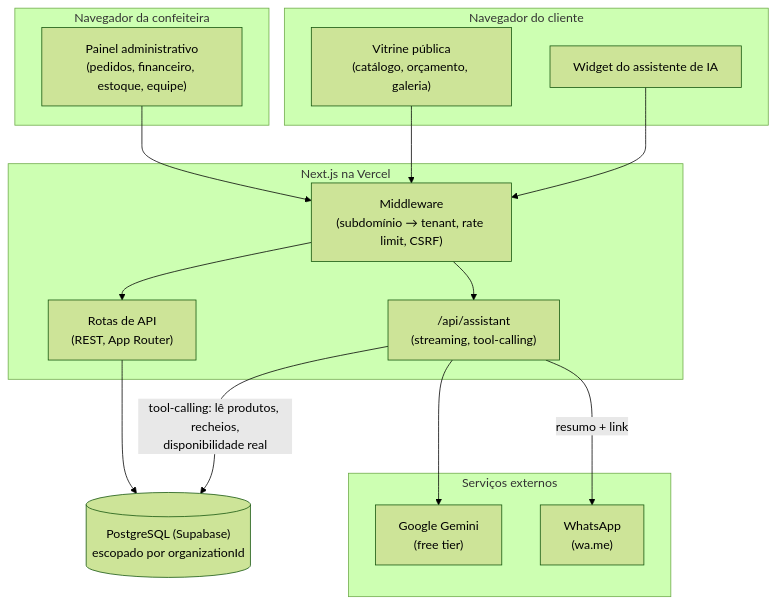
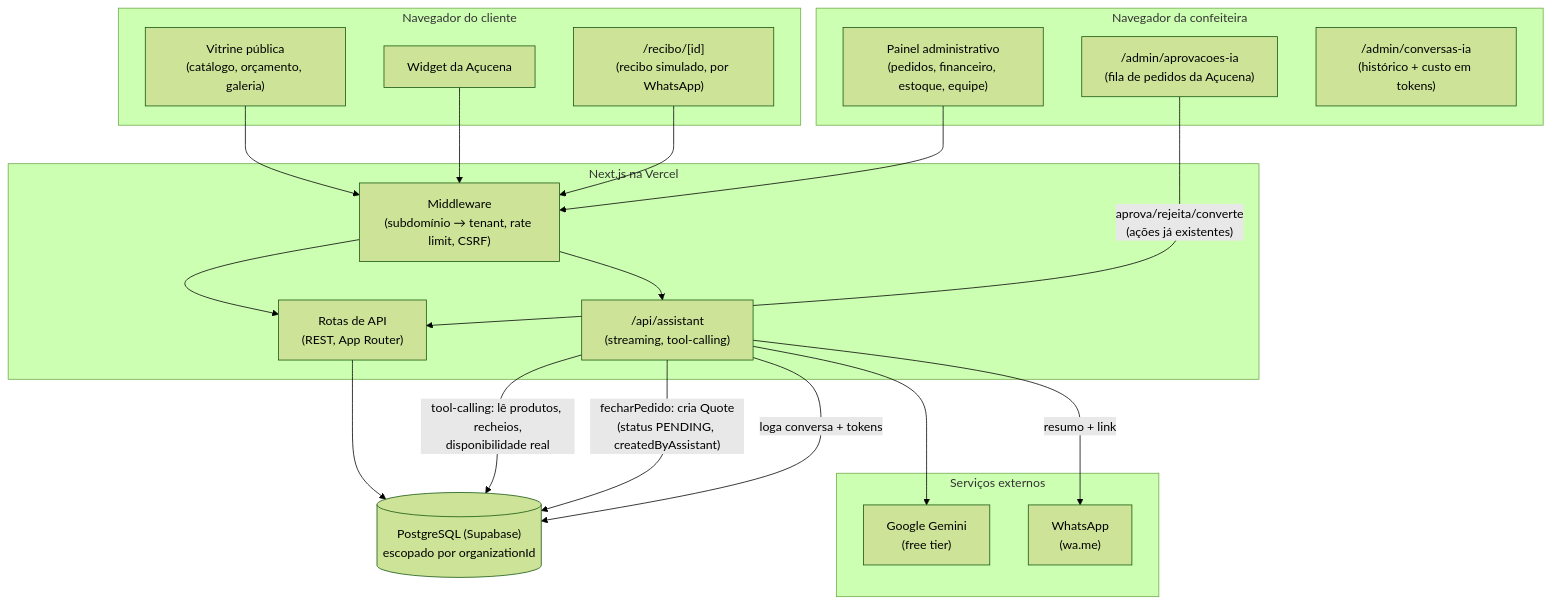
Before and after one commit to allahensus/crconfeitaria: the diagram in docs/arquitetura.md, drawn with Mermaid (forest theme). The commit also changed other lines of this file, not shown here.

First line of the commit message:
docs: update arquitetura.md for Açucena's write capability

````diff
--- a/docs/arquitetura.md
+++ b/docs/arquitetura.md
@@ -7,34 +7,41 @@
 ```mermaid
 flowchart TB
     subgraph Cliente["Navegador do cliente"]
         Vitrine["Vitrine pública<br/>(catálogo, orçamento, galeria)"]
-        Chat["Widget do assistente de IA"]
+        Chat["Widget da Açucena"]
+        Recibo["/recibo/[id]<br/>(recibo simulado, por WhatsApp)"]
     end
 
     subgraph Confeiteira["Navegador da confeiteira"]
         Admin["Painel administrativo<br/>(pedidos, financeiro, estoque, equipe)"]
+        Aprovacoes["/admin/aprovacoes-ia<br/>(fila de pedidos da Açucena)"]
+        Conversas["/admin/conversas-ia<br/>(histórico + custo em tokens)"]
     end
 
     subgraph Vercel["Next.js na Vercel"]
         MW["Middleware<br/>(subdomínio → tenant, rate limit, CSRF)"]
         API["Rotas de API<br/>(REST, App Router)"]
         AssistantRoute["/api/assistant<br/>(streaming, tool-calling)"]
     end
 
     subgraph Externo["Serviços externos"]
         Gemini["Google Gemini<br/>(free tier)"]
         WhatsApp["WhatsApp<br/>(wa.me)"]
     end
 
     DB[("PostgreSQL (Supabase)<br/>escopado por organizationId")]
 
     Vitrine --> MW
     Admin --> MW
     Chat --> MW
+    Recibo --> MW
     MW --> API
     MW --> AssistantRoute
     API --> DB
+    Aprovacoes -- "aprova/rejeita/converte<br/>(ações já existentes)" --> API
     AssistantRoute -- "tool-calling: lê produtos, recheios,<br/>disponibilidade real" --> DB
+    AssistantRoute -- "fecharPedido: cria Quote<br/>(status PENDING, createdByAssistant)" --> DB
+    AssistantRoute -- "loga conversa + tokens" --> DB
     AssistantRoute --> Gemini
     AssistantRoute -- "resumo + link" --> WhatsApp
 ```
````
